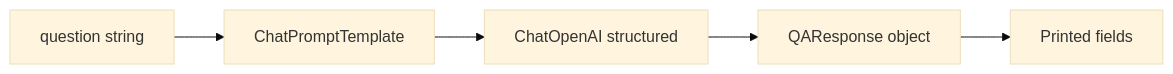
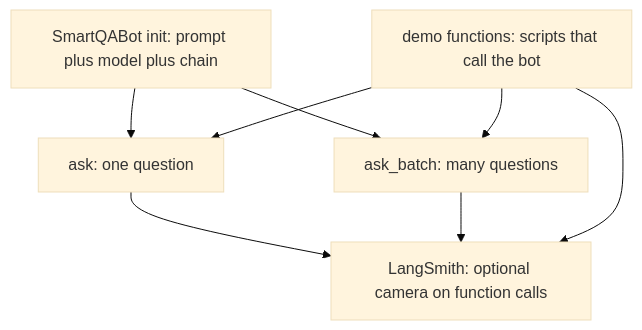
One commit to jkv8fwytbf-byte/learning_langchain changed the first of 2 diagrams in README.md. Above: the diagram before and after it, drawn with Mermaid (base theme). The commit also changed other lines of this file, not shown here.

````diff
--- a/README.md
+++ b/README.md
@@ -133,12 +34,15 @@
 ```mermaid
-flowchart LR
-  question[question string]
-  prompt[ChatPromptTemplate]
-  model[ChatOpenAI structured]
-  response[QAResponse object]
-  printOut[Printed fields]
-  question --> prompt
-  prompt --> model
-  model --> response
-  response --> printOut
+flowchart TB
+  setup[SmartQABot init: prompt plus model plus chain]
+  ask[ask: one question]
+  batch[ask_batch: many questions]
+  demos[demo functions: scripts that call the bot]
+  smith[LangSmith: optional camera on function calls]
+  setup --> ask
+  setup --> batch
+  demos --> ask
+  demos --> batch
+  ask --> smith
+  batch --> smith
+  demos --> smith
 ```
````
